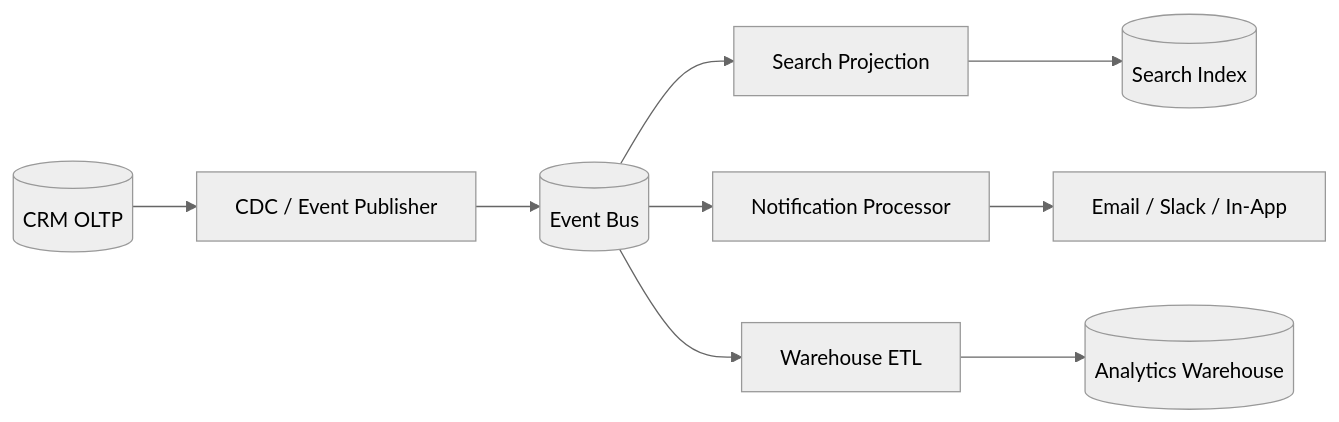
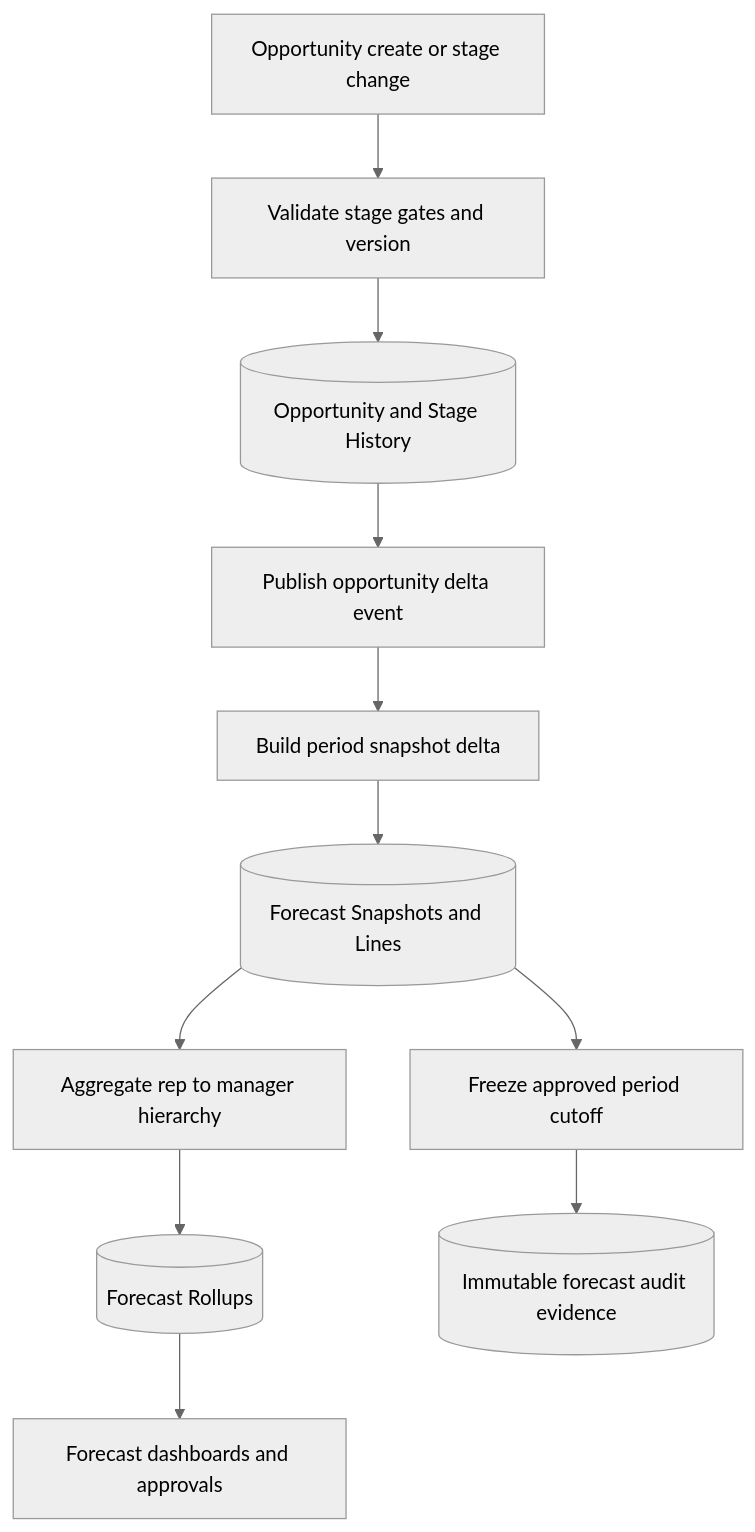
One commit to 0Ankit0/Project-Ideas changed the third of 4 diagrams in Customer Relationship Management Platform/high-level-design/data-flow-diagrams.md. Above: the diagram before and after it, drawn with Mermaid (neutral theme). The commit also changed other lines of this file and 17 other files, not shown here.

````diff
--- a/Customer Relationship Management Platform/high-level-design/data-flow-diagrams.md
+++ b/Customer Relationship Management Platform/high-level-design/data-flow-diagrams.md
@@ -20,12 +65,13 @@
 ```mermaid
-flowchart LR
-    OLTP[(CRM OLTP)] --> CDC[CDC / Event Publisher]
-    CDC --> Bus[(Event Bus)]
-    Bus --> SearchProj[Search Projection]
-    Bus --> Notify[Notification Processor]
-    Bus --> ETL[Warehouse ETL]
-
-    SearchProj --> Search[(Search Index)]
-    ETL --> WH[(Analytics Warehouse)]
-    Notify --> Channels[Email / Slack / In-App]
+flowchart TD
+    SellerUpdate[Opportunity create or stage change] --> OppSvc[Validate stage gates and version]
+    OppSvc --> OppStore[(Opportunity and Stage History)]
+    OppStore --> Delta[Publish opportunity delta event]
+    Delta --> ForecastCalc[Build period snapshot delta]
+    ForecastCalc --> ForecastStore[(Forecast Snapshots and Lines)]
+    ForecastStore --> ManagerRollup[Aggregate rep to manager hierarchy]
+    ManagerRollup --> RollupStore[(Forecast Rollups)]
+    RollupStore --> Dashboards[Forecast dashboards and approvals]
+    ForecastStore --> Freeze[Freeze approved period cutoff]
+    Freeze --> Audit2[(Immutable forecast audit evidence)]
 ```
````
